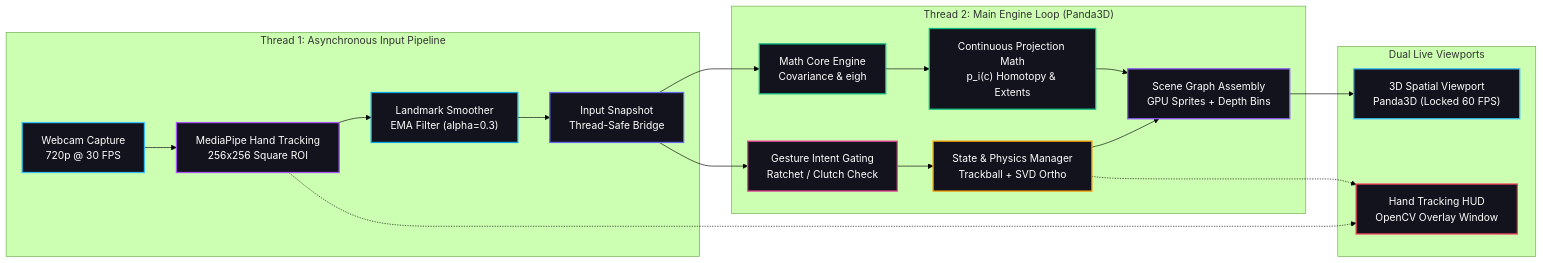
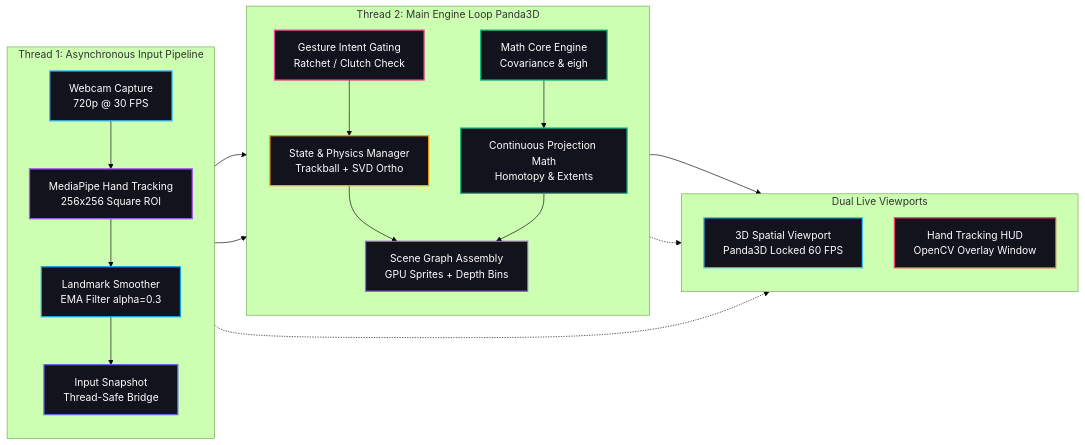
One commit to AbdelazizElbanna/live-pca-engine changed the diagram in README.md. Above: the diagram before and after it, drawn with Mermaid (forest theme).

Commit message:
fix(docs): resolve GitHub Mermaid render failure by decoupling cross-subgraph edges and switching to flowchart LR

````diff
--- a/README.md
+++ b/README.md
@@ -66,37 +66,46 @@
 ```mermaid
-graph LR
-    subgraph Thread1 ["Thread 1: Asynchronous Input Pipeline"]
-        A["Webcam Capture<br/>720p @ 30 FPS"] --> B["MediaPipe Hand Tracking<br/>256x256 Square ROI"]
-        B --> C["Landmark Smoother<br/>EMA Filter (alpha=0.3)"]
-        C --> D["Input Snapshot<br/>Thread-Safe Bridge"]
+flowchart LR
+    subgraph Thread1["Thread 1: Asynchronous Input Pipeline"]
+        direction TB
+        A["Webcam Capture<br/>720p @ 30 FPS"]
+        B["MediaPipe Hand Tracking<br/>256x256 Square ROI"]
+        C["Landmark Smoother<br/>EMA Filter alpha=0.3"]
+        D["Input Snapshot<br/>Thread-Safe Bridge"]
+        A --> B --> C --> D
     end
 
-    subgraph Thread2 ["Thread 2: Main Engine Loop (Panda3D)"]
-        D --> E["Gesture Intent Gating<br/>Ratchet / Clutch Check"]
-        D --> F["Math Core Engine<br/>Covariance & eigh"]
-        
-        E --> G["State & Physics Manager<br/>Trackball + SVD Ortho"]
-        F --> H["Continuous Projection Math<br/>p_i(c) Homotopy & Extents"]
-        
-        G --> I["Scene Graph Assembly<br/>GPU Sprites + Depth Bins"]
-        H --> I
+    subgraph Thread2["Thread 2: Main Engine Loop Panda3D"]
+        direction TB
+        E["Gesture Intent Gating<br/>Ratchet / Clutch Check"]
+        F["Math Core Engine<br/>Covariance & eigh"]
+        G["State & Physics Manager<br/>Trackball + SVD Ortho"]
+        H["Continuous Projection Math<br/>Homotopy & Extents"]
+        I["Scene Graph Assembly<br/>GPU Sprites + Depth Bins"]
+        E --> G --> I
+        F --> H --> I
     end
 
-    subgraph Outputs ["Dual Live Viewports"]
-        I --> J["3D Spatial Viewport<br/>Panda3D (Locked 60 FPS)"]
-        B -.-> K["Hand Tracking HUD<br/>OpenCV Overlay Window"]
-        G -.-> K
+    subgraph Outputs["Dual Live Viewports"]
+        direction TB
+        J["3D Spatial Viewport<br/>Panda3D Locked 60 FPS"]
+        K["Hand Tracking HUD<br/>OpenCV Overlay Window"]
     end
+
+    D --> E
+    D --> F
+    I --> J
+    B -.-> K
+    G -.-> K
 
     style A fill:#12131C,stroke:#38BDF8,stroke-width:2px,color:#fff
     style B fill:#12131C,stroke:#A855F7,stroke-width:2px,color:#fff
     style C fill:#12131C,stroke:#0EA5E9,stroke-width:2px,color:#fff
     style D fill:#12131C,stroke:#6366F1,stroke-width:2px,color:#fff
     style E fill:#12131C,stroke:#EC4899,stroke-width:2px,color:#fff
     style F fill:#12131C,stroke:#10B981,stroke-width:2px,color:#fff
     style G fill:#12131C,stroke:#F59E0B,stroke-width:2px,color:#fff
     style H fill:#12131C,stroke:#10B981,stroke-width:2px,color:#fff
     style I fill:#12131C,stroke:#8B5CF6,stroke-width:2px,color:#fff
     style J fill:#12131C,stroke:#38BDF8,stroke-width:2px,color:#fff
     style K fill:#12131C,stroke:#F43F5E,stroke-width:2px,color:#fff
 ```
````
